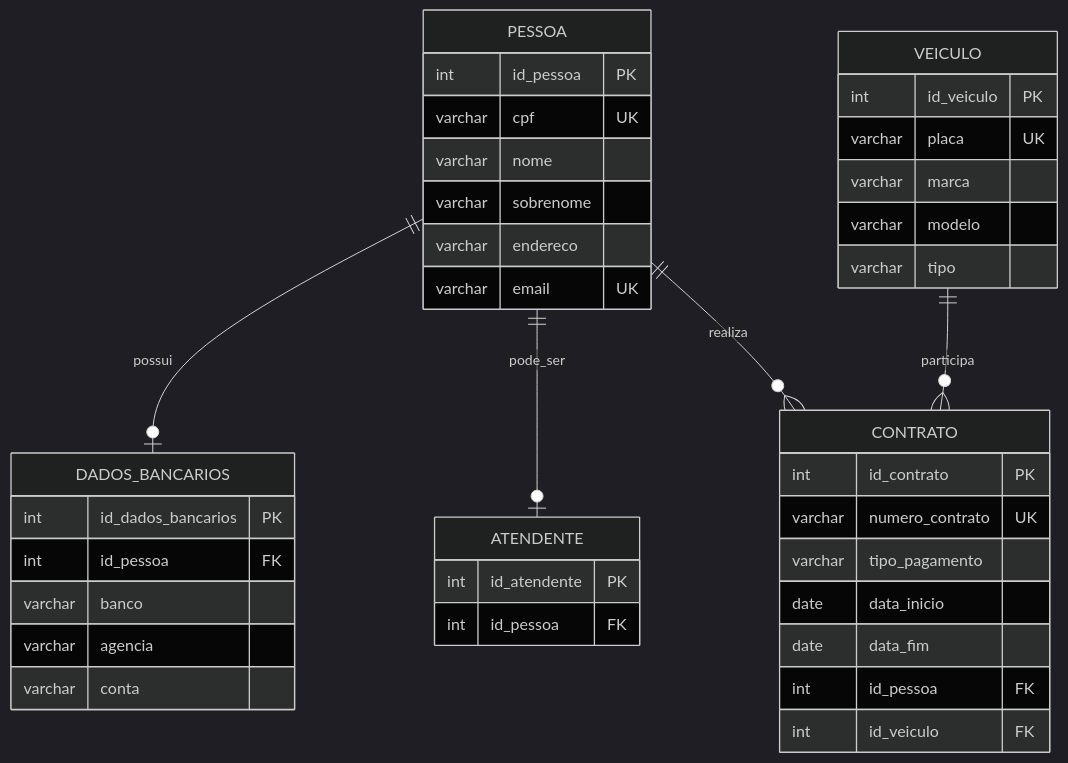
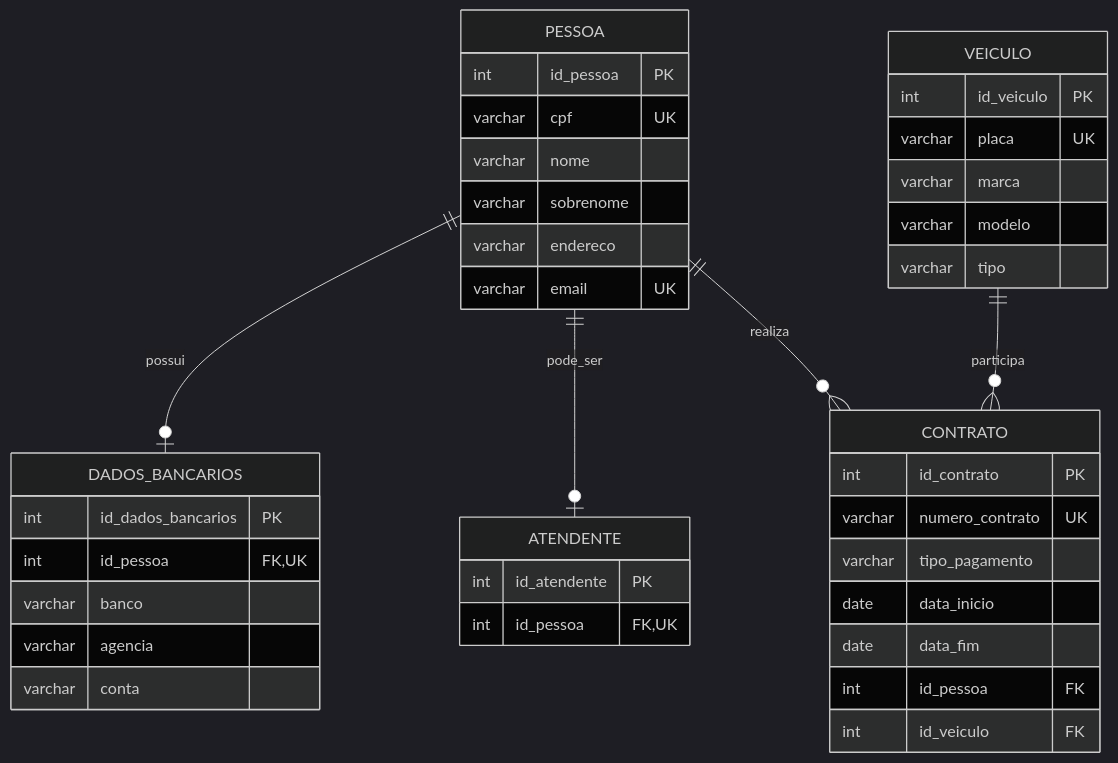
The diagram in README.md (anallealz/aluguel-de-carros), drawn with Mermaid (dark theme) before and after one commit.

Commit message:
Atualiza restrições no modelo relacional

````diff
--- a/README.md
+++ b/README.md
@@ -31,47 +31,47 @@
 ```mermaid
 erDiagram
     PESSOA ||--o| DADOS_BANCARIOS : possui
     PESSOA ||--o| ATENDENTE : pode_ser
     PESSOA ||--o{ CONTRATO : realiza
     VEICULO ||--o{ CONTRATO : participa
 
     PESSOA {
         int id_pessoa PK
         varchar cpf UK
         varchar nome
         varchar sobrenome
         varchar endereco
         varchar email UK
     }
 
     DADOS_BANCARIOS {
         int id_dados_bancarios PK
-        int id_pessoa FK
+        int id_pessoa FK, UK
         varchar banco
         varchar agencia
         varchar conta
     }
 
     ATENDENTE {
         int id_atendente PK
-        int id_pessoa FK
+        int id_pessoa FK, UK
     }
 
     VEICULO {
         int id_veiculo PK
         varchar placa UK
         varchar marca
         varchar modelo
         varchar tipo
     }
 
     CONTRATO {
         int id_contrato PK
         varchar numero_contrato UK
         varchar tipo_pagamento
         date data_inicio
         date data_fim
         int id_pessoa FK
         int id_veiculo FK
     }
 ```
````
